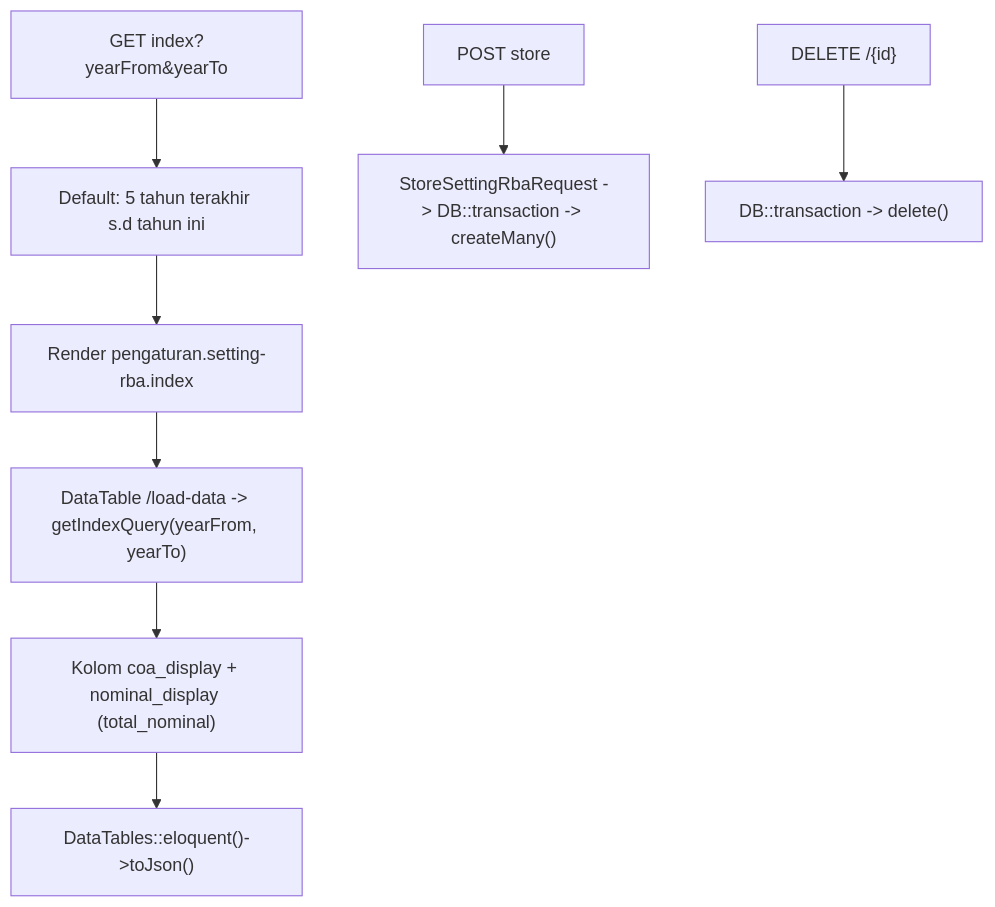
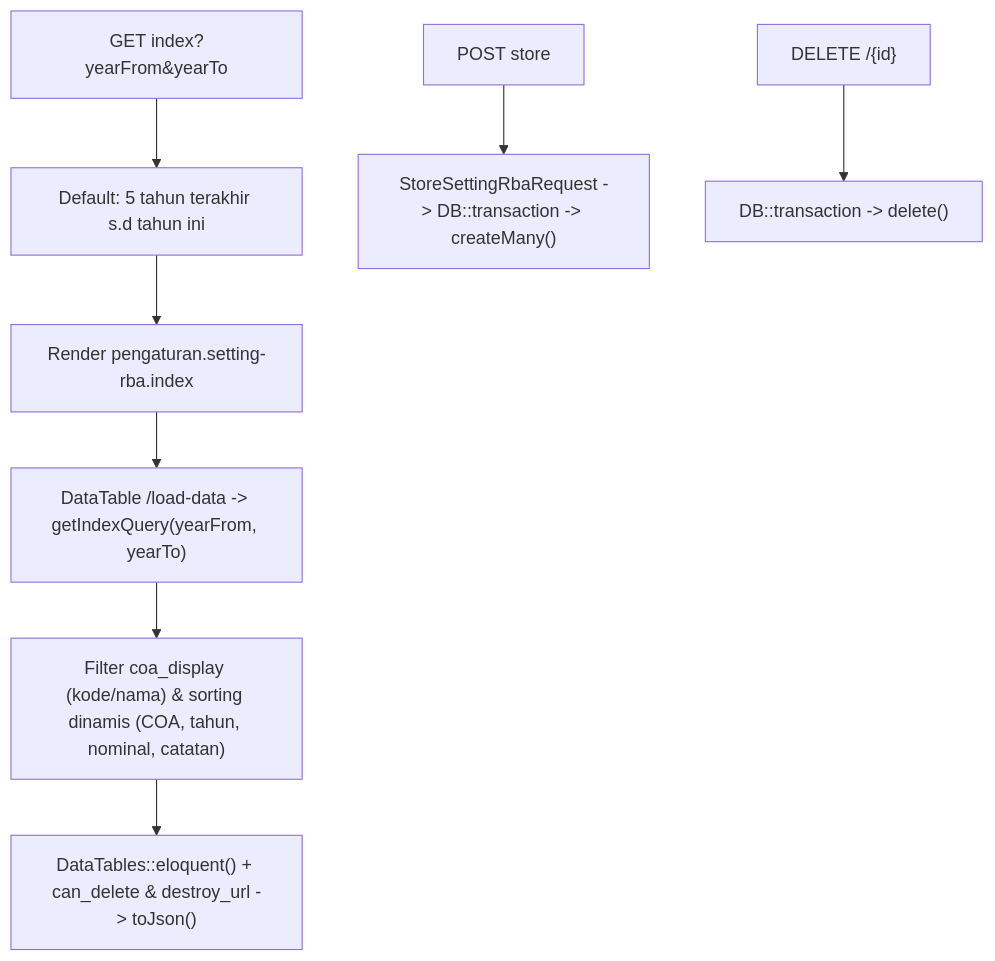
Before and after one commit to AltamaSidoarjo/laravel-siakurat-pt-smt: the diagram in dokumentasi/pengaturan-setting-rba.md, drawn with Mermaid. The commit also changed other lines of this file and 4 other files, not shown here.

Commit message:
fix(setting-rba): perbaikan sorting ambigu, pencarian coa, dan izin aksi pada datatable index

````diff
--- a/dokumentasi/pengaturan-setting-rba.md
+++ b/dokumentasi/pengaturan-setting-rba.md
@@ -28,10 +28,10 @@
 ```mermaid
 flowchart TD
     A["GET index?yearFrom&yearTo"] --> B["Default: 5 tahun terakhir s.d tahun ini"]
     B --> C["Render pengaturan.setting-rba.index"]
     C --> D["DataTable /load-data -> getIndexQuery(yearFrom, yearTo)"]
-    D --> E["Kolom coa_display + nominal_display (total_nominal)"]
-    E --> F["DataTables::eloquent()->toJson()"]
+    D --> E["Filter coa_display (kode/nama) & sorting dinamis (COA, tahun, nominal, catatan)"]
+    E --> F["DataTables::eloquent() + can_delete & destroy_url -> toJson()"]
     G["POST store"] --> H["StoreSettingRbaRequest -> DB::transaction -> createMany()"]
     I["DELETE /{id}"] --> J["DB::transaction -> delete()"]
 ```
````
